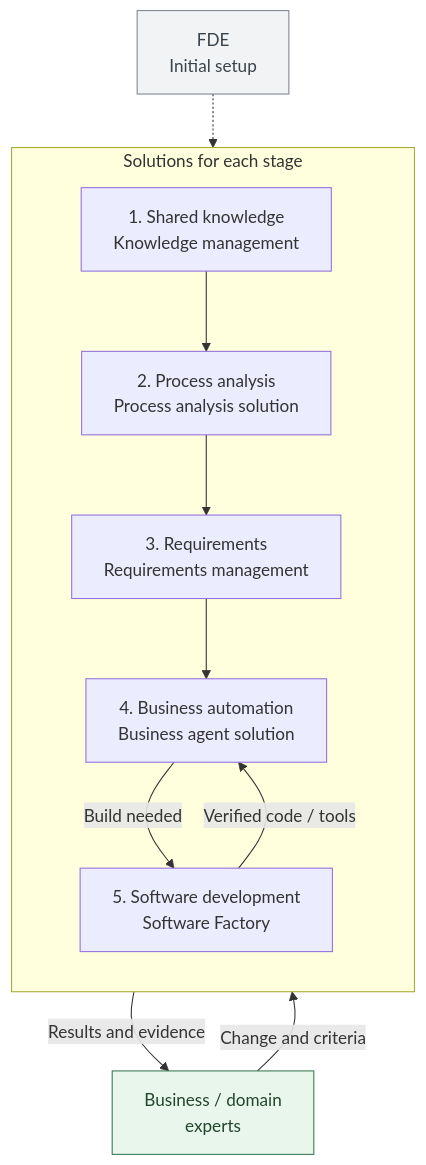
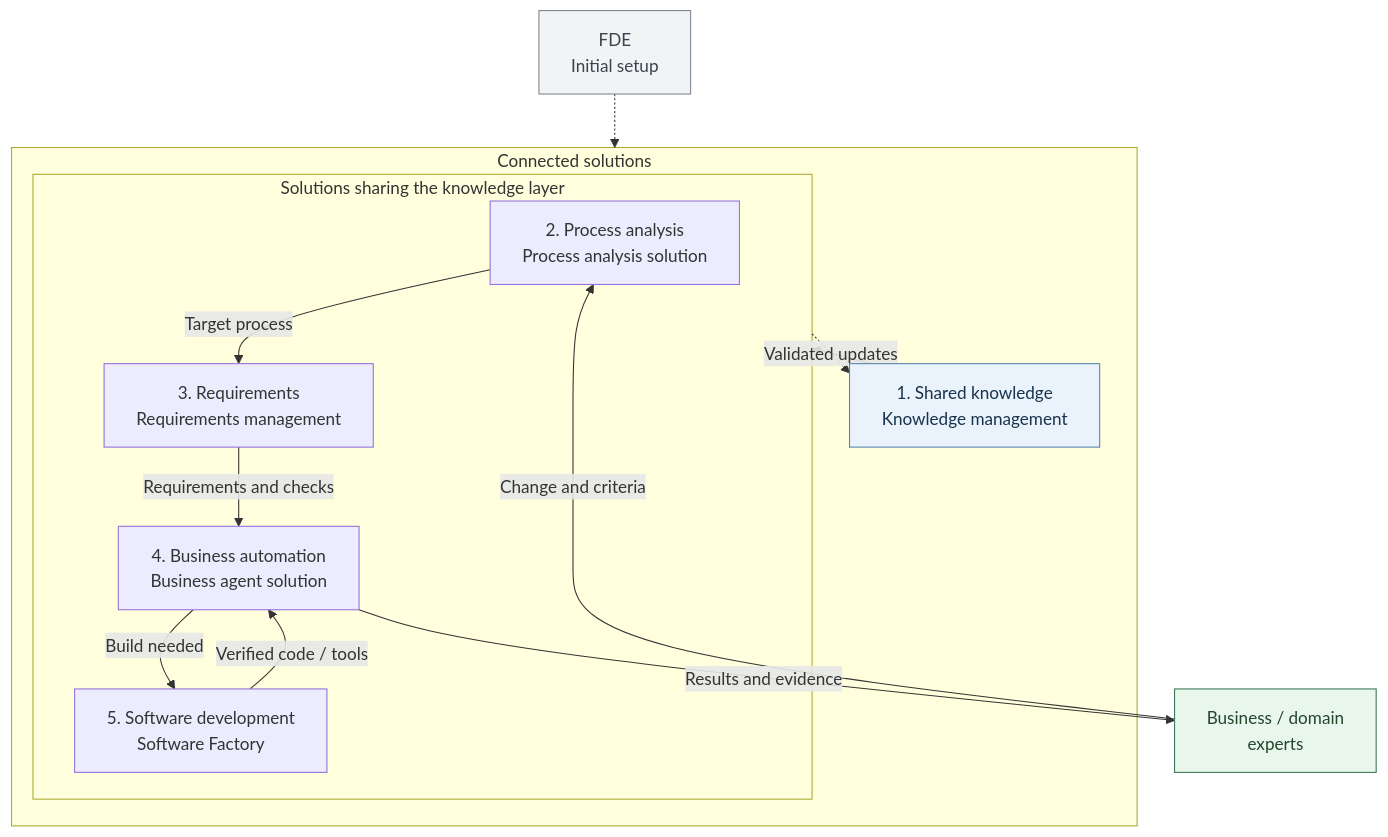
The third of 7 diagrams in _en/2026-11-05-enterprise-wide-ax-essentials.md (haandol/haandol.github.com), drawn with Mermaid before and after one commit. The commit also changed other lines of this file and 1 other file, not shown here.

Commit message:
docs: explain shared knowledge and connections across AX solutions

````diff
--- a/_en/2026-11-05-enterprise-wide-ax-essentials.md
+++ b/_en/2026-11-05-enterprise-wide-ax-essentials.md
@@ -107,18 +109,24 @@
 ```mermaid
 flowchart TB
   FDE["FDE<br/>Initial setup"] -.-> S
-  subgraph S["Solutions for each stage"]
-    direction TB
-    K["1. Shared knowledge<br/>Knowledge management"] --> P["2. Process analysis<br/>Process analysis solution"]
-    P --> R["3. Requirements<br/>Requirements management"]
-    R --> A["4. Business automation<br/>Business agent solution"]
-    A -->|"Build needed"| F["5. Software development<br/>Software Factory"]
-    F -->|"Verified code / tools"| A
+  subgraph S["Connected solutions"]
+    K["1. Shared knowledge<br/>Knowledge management"]
+    subgraph W["Solutions sharing the knowledge layer"]
+      P["2. Process analysis<br/>Process analysis solution"] -->|"Target process"| R["3. Requirements<br/>Requirements management"]
+      R -->|"Requirements and checks"| A["4. Business automation<br/>Business agent solution"]
+      A -->|"Build needed"| F["5. Software development<br/>Software Factory"]
+      F -->|"Verified code / tools"| A
+    end
+    K --> W
+    W -.->|"Validated updates"| K
+    K ~~~ P
   end
   U["Business / domain<br/>experts"] -->|"Change and criteria"| P
   A -->|"Results and evidence"| U
   classDef expert fill:#e9f6ec,stroke:#3c7754,color:#23452b
   classDef setup fill:#f1f3f5,stroke:#7d8790,color:#39434c
+  classDef knowledge fill:#eaf2fb,stroke:#5683ac,color:#17324d
   class U expert
   class FDE setup
+  class K knowledge
 ```
````
